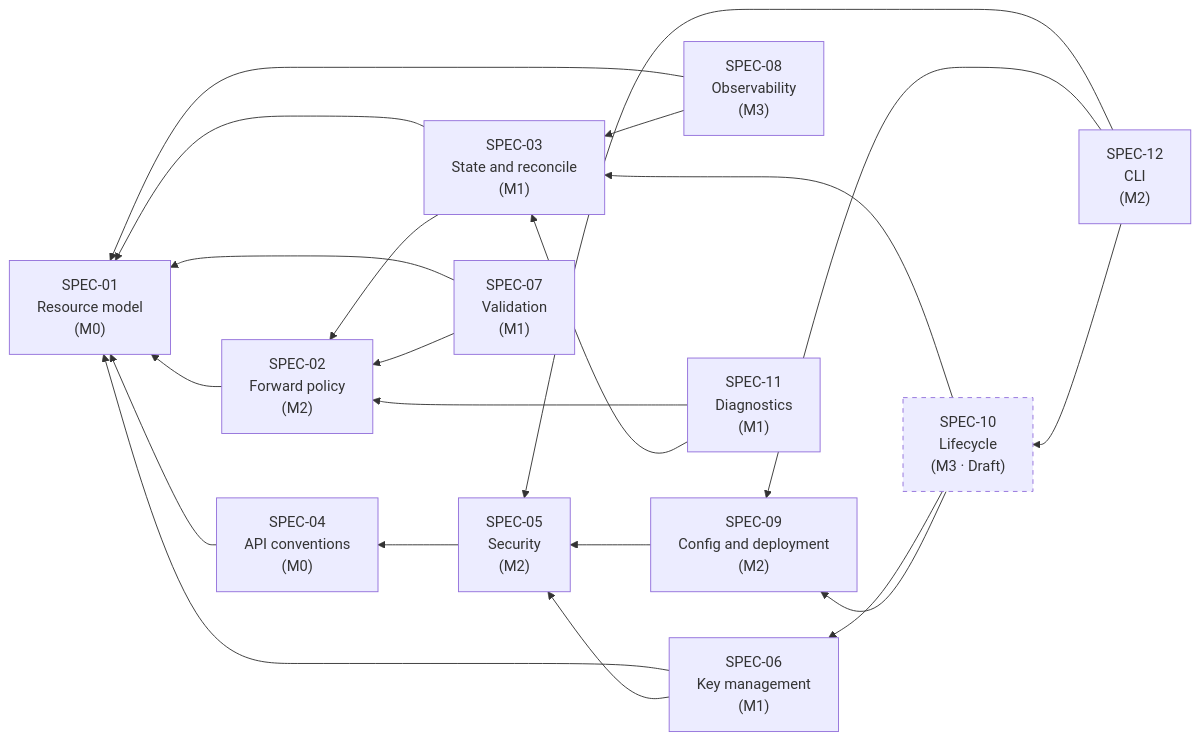
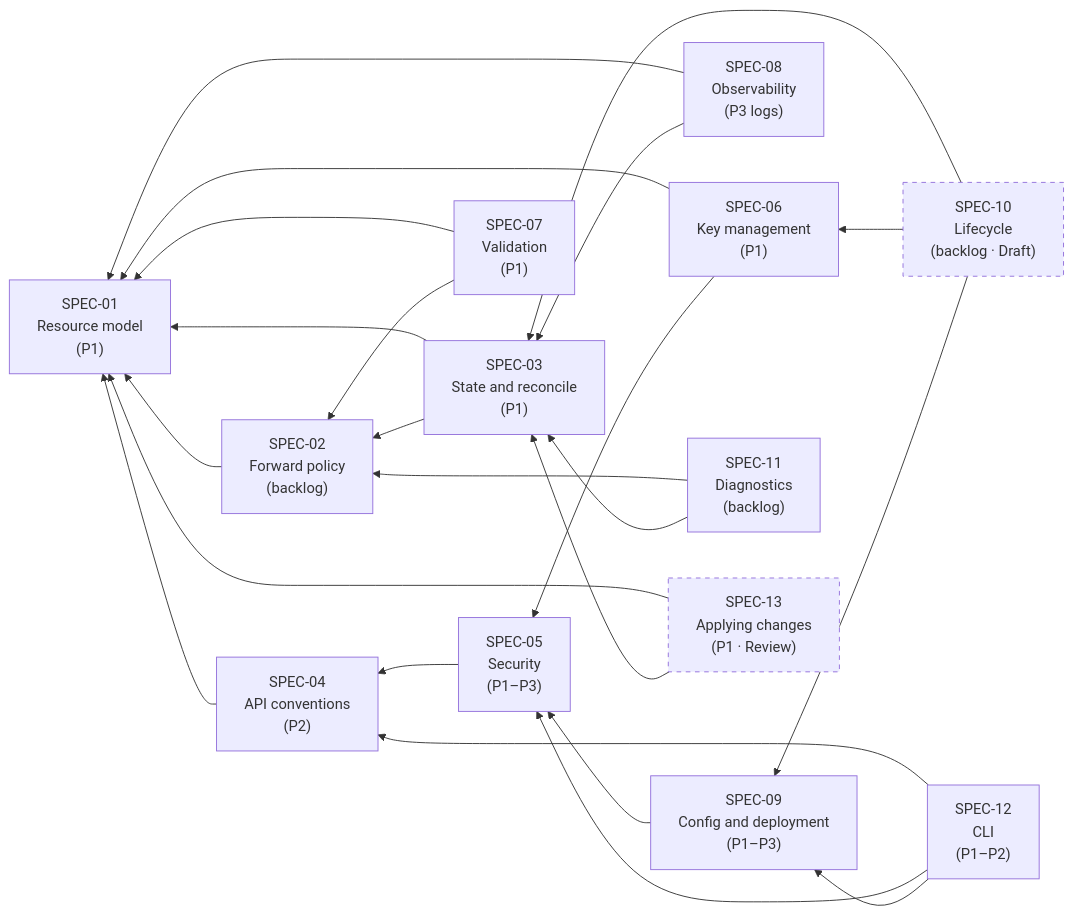
The diagram in docs/20-spec/README.md (vinh466/wg-agent), drawn with Mermaid before and after one commit. The commit also changed other lines of this file and 2 other files, not shown here.

First line of the commit message:
docs: plan the wrapper in phases and move the rest to the backlog

````diff
--- a/docs/20-spec/README.md
+++ b/docs/20-spec/README.md
@@ -75,39 +81,42 @@
 ```mermaid
 graph RL
-  SPEC01["SPEC-01<br/>Resource model<br/>(M0)"]
-  SPEC04["SPEC-04<br/>API conventions<br/>(M0)"]
-  SPEC02["SPEC-02<br/>Forward policy<br/>(M2)"]
-  SPEC03["SPEC-03<br/>State and reconcile<br/>(M1)"]
-  SPEC05["SPEC-05<br/>Security<br/>(M2)"]
-  SPEC06["SPEC-06<br/>Key management<br/>(M1)"]
-  SPEC07["SPEC-07<br/>Validation<br/>(M1)"]
-  SPEC08["SPEC-08<br/>Observability<br/>(M3)"]
-  SPEC09["SPEC-09<br/>Config and deployment<br/>(M2)"]
-  SPEC10["SPEC-10<br/>Lifecycle<br/>(M3 · Draft)"]
-  SPEC11["SPEC-11<br/>Diagnostics<br/>(M1)"]
-  SPEC12["SPEC-12<br/>CLI<br/>(M2)"]
+  SPEC01["SPEC-01<br/>Resource model<br/>(P1)"]
+  SPEC04["SPEC-04<br/>API conventions<br/>(P2)"]
+  SPEC02["SPEC-02<br/>Forward policy<br/>(backlog)"]
+  SPEC03["SPEC-03<br/>State and reconcile<br/>(P1)"]
+  SPEC05["SPEC-05<br/>Security<br/>(P1–P3)"]
+  SPEC06["SPEC-06<br/>Key management<br/>(P1)"]
+  SPEC07["SPEC-07<br/>Validation<br/>(P1)"]
+  SPEC08["SPEC-08<br/>Observability<br/>(P3 logs)"]
+  SPEC09["SPEC-09<br/>Config and deployment<br/>(P1–P3)"]
+  SPEC10["SPEC-10<br/>Lifecycle<br/>(backlog · Draft)"]
+  SPEC11["SPEC-11<br/>Diagnostics<br/>(backlog)"]
+  SPEC12["SPEC-12<br/>CLI<br/>(P1–P2)"]
+  SPEC13["SPEC-13<br/>Applying changes<br/>(P1 · Review)"]
 
   SPEC02 --> SPEC01
   SPEC03 --> SPEC01
   SPEC03 --> SPEC02
   SPEC04 --> SPEC01
   SPEC05 --> SPEC04
   SPEC06 --> SPEC01
   SPEC06 --> SPEC05
   SPEC07 --> SPEC01
   SPEC07 --> SPEC02
   SPEC08 --> SPEC01
   SPEC08 --> SPEC03
   SPEC09 --> SPEC05
   SPEC10 --> SPEC03
   SPEC10 --> SPEC06
   SPEC10 --> SPEC09
   SPEC11 --> SPEC02
   SPEC11 --> SPEC03
+  SPEC12 --> SPEC04
   SPEC12 --> SPEC05
   SPEC12 --> SPEC09
-  SPEC12 --> SPEC10
+  SPEC13 --> SPEC01
+  SPEC13 --> SPEC03
 
   classDef draft stroke-dasharray: 5 5
-  class SPEC10 draft
+  class SPEC10,SPEC13 draft
 ```
````
